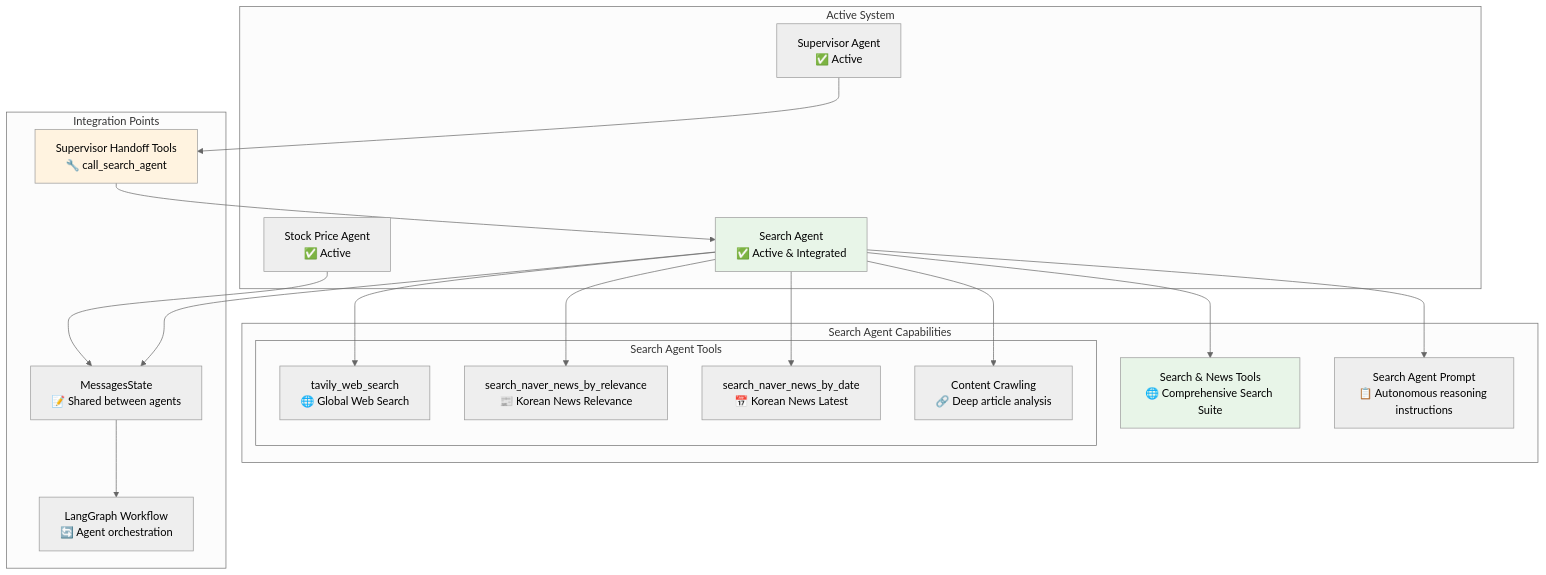
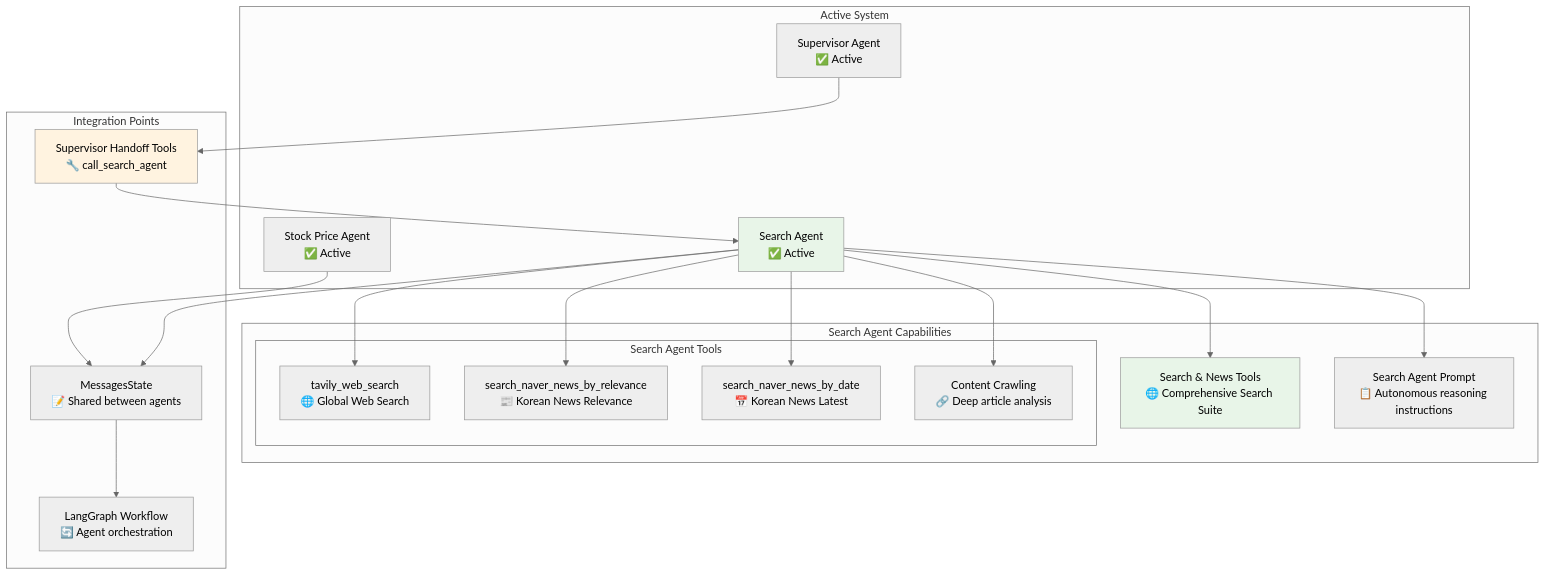
One commit to yuujinnn/Stockreport-reader changed diagram 19 of 21 in backend/MULTI_AGENT_SYSTEM_DOCUMENTATION.md. Above: the diagram before and after it, drawn with Mermaid (neutral theme). The commit also changed other lines of this file and 5 other files, not shown here.

````diff
--- a/backend/MULTI_AGENT_SYSTEM_DOCUMENTATION.md
+++ b/backend/MULTI_AGENT_SYSTEM_DOCUMENTATION.md
@@ -695,43 +1121,43 @@
 ```mermaid
 graph TB
     subgraph "Active System"
         CurrentSupervisor[Supervisor Agent<br/>✅ Active]
         CurrentStock[Stock Price Agent<br/>✅ Active]
-        CurrentSearch[Search Agent<br/>✅ Active & Integrated]
+        CurrentSearch[Search Agent<br/>✅ Active]
     end
     
     subgraph "Search Agent Capabilities"
         SearchTools[Search & News Tools<br/>🌐 Comprehensive Search Suite]
         SearchPrompt[Search Agent Prompt<br/>📋 Autonomous reasoning instructions]
         
         subgraph "Search Agent Tools"
             TavilyTool[tavily_web_search<br/>🌐 Global Web Search]
             NaverRelevance[search_naver_news_by_relevance<br/>📰 Korean News Relevance]
             NaverDate[search_naver_news_by_date<br/>📅 Korean News Latest]
             ContentCrawl[Content Crawling<br/>🔗 Deep article analysis]
         end
     end
     
     subgraph "Integration Points"
         SupervisorTools[Supervisor Handoff Tools<br/>🔧 call_search_agent]
         SharedState[MessagesState<br/>📝 Shared between agents]
         CommonGraph[LangGraph Workflow<br/>🔄 Agent orchestration]
     end
     
     CurrentSupervisor --> SupervisorTools
     SupervisorTools --> CurrentSearch
     CurrentSearch --> SearchTools
     CurrentSearch --> SearchPrompt
     CurrentSearch --> TavilyTool
     CurrentSearch --> NaverRelevance
     CurrentSearch --> NaverDate
     CurrentSearch --> ContentCrawl
     
     CurrentStock --> SharedState
     CurrentSearch --> SharedState
     SharedState --> CommonGraph
     
     style CurrentSearch fill:#e8f5e8
     style SearchTools fill:#e8f5e8
     style SupervisorTools fill:#fff3e0
 ```
````
